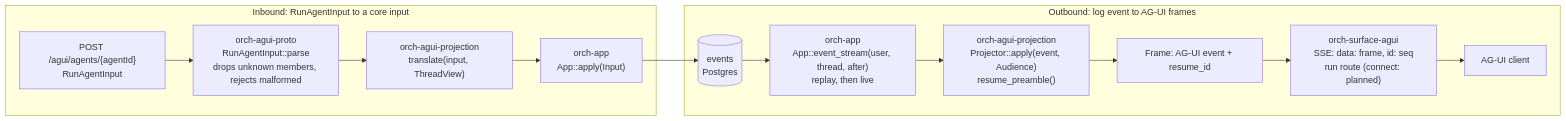
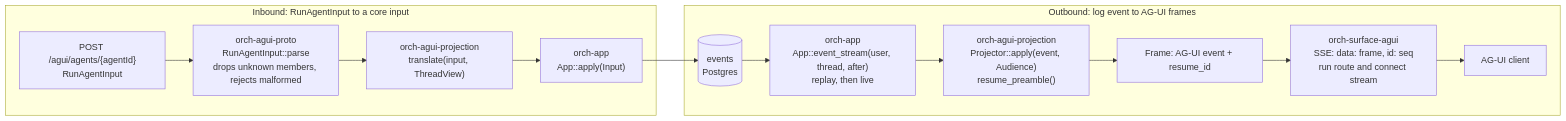
Before and after one commit to vymalo/another-agentic-system: the sixth of 8 diagrams in docs/architecture.md, drawn with Mermaid. The commit also changed other lines of this file and 56 other files, not shown here.

First line of the commit message:
feat(orchestrator): AG-UI connect stream with replay and cursor (#40)

````diff
--- a/docs/architecture.md
+++ b/docs/architecture.md
@@ -299,21 +300,21 @@
 ```mermaid
 flowchart LR
   subgraph INB["Inbound: RunAgentInput to a core input"]
     post["POST /agui/agents/{agentId}<br/>RunAgentInput"]
     parse["orch-agui-proto<br/>RunAgentInput::parse<br/>drops unknown members, rejects malformed"]
     tr["orch-agui-projection<br/>translate(input, ThreadView)"]
     apply["orch-app<br/>App::apply(Input)"]
     post --> parse --> tr --> apply
   end
   subgraph OUTB["Outbound: log event to AG-UI frames"]
     log[("events<br/>Postgres")]
     es["orch-app<br/>App::event_stream(user, thread, after)<br/>replay, then live"]
     pj["orch-agui-projection<br/>Projector::apply(event, Audience)<br/>resume_preamble()"]
     fr["Frame: AG-UI event + resume_id"]
-    sse["orch-surface-agui<br/>SSE: data: frame, id: seq<br/>run route (connect: planned)"]
+    sse["orch-surface-agui<br/>SSE: data: frame, id: seq<br/>run route and connect stream"]
     cli["AG-UI client"]
     log --> es --> pj --> fr --> sse --> cli
   end
   apply --> log
   classDef planned stroke-dasharray: 5 5,fill:none
 ```
````
